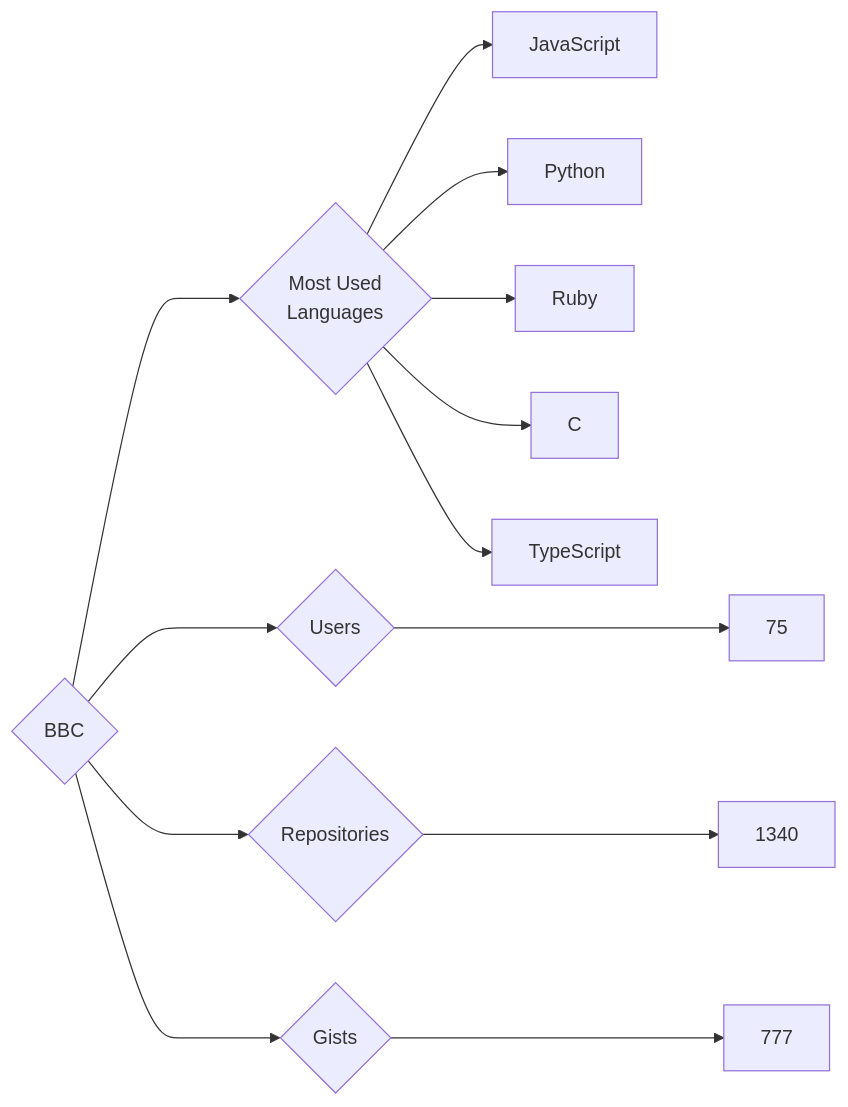
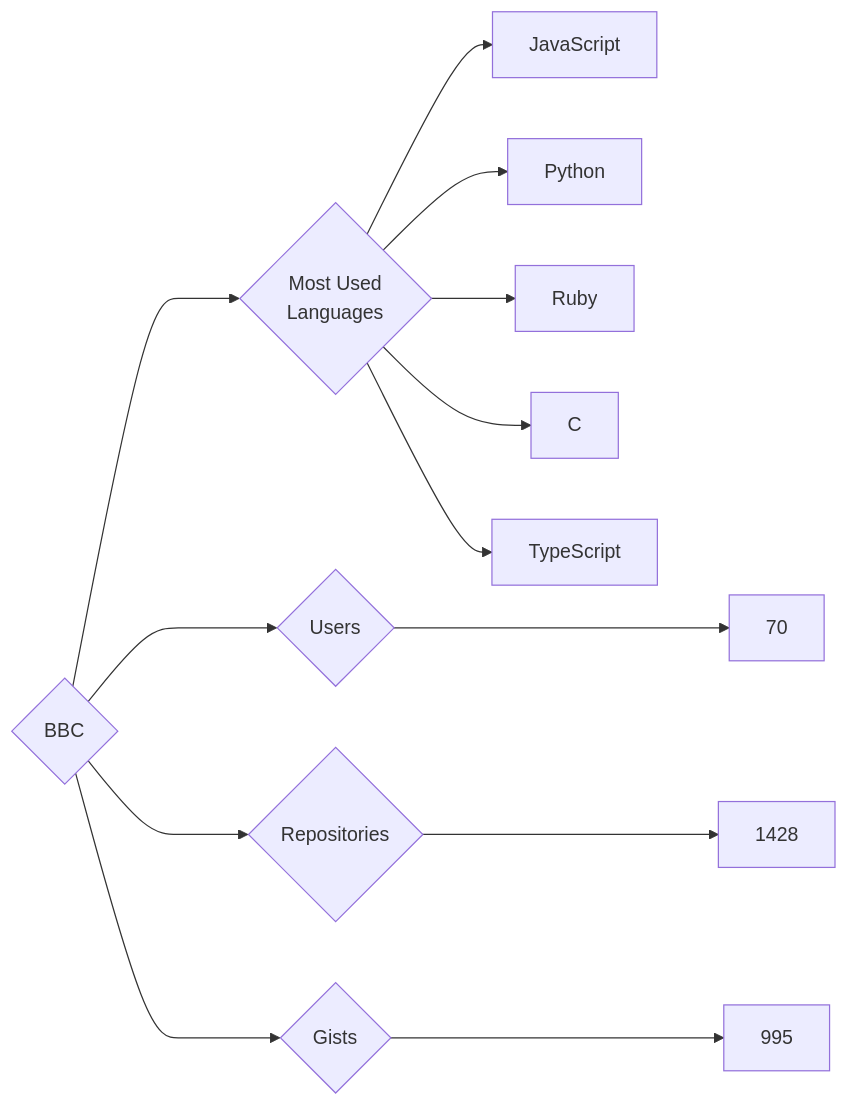
Before and after one commit to trickest/insiders: the diagram in targets/BBC/README.md, drawn with Mermaid. The commit also changed 932 other files, not shown here.

````diff
--- a/targets/BBC/README.md
+++ b/targets/BBC/README.md
@@ -3,13 +3,13 @@
 ```mermaid
 graph LR
 COMPANY_NAME{BBC}
-COMPANY_NAME ---> U{Users} ---> UN[75]
-COMPANY_NAME ---> R{Repositories} ---> RN[1340]
-COMPANY_NAME ---> G{Gists} ---> GN[777]
+COMPANY_NAME ---> U{Users} ---> UN[70]
+COMPANY_NAME ---> R{Repositories} ---> RN[1428]
+COMPANY_NAME ---> G{Gists} ---> GN[995]
 COMPANY_NAME ---> ML{Most Used<br>Languages}
 ML --> JavaScript[JavaScript]
 ML --> Python[Python]
 ML --> Ruby[Ruby]
 ML --> C[C]
 ML --> TypeScript[TypeScript]
 ```
````
